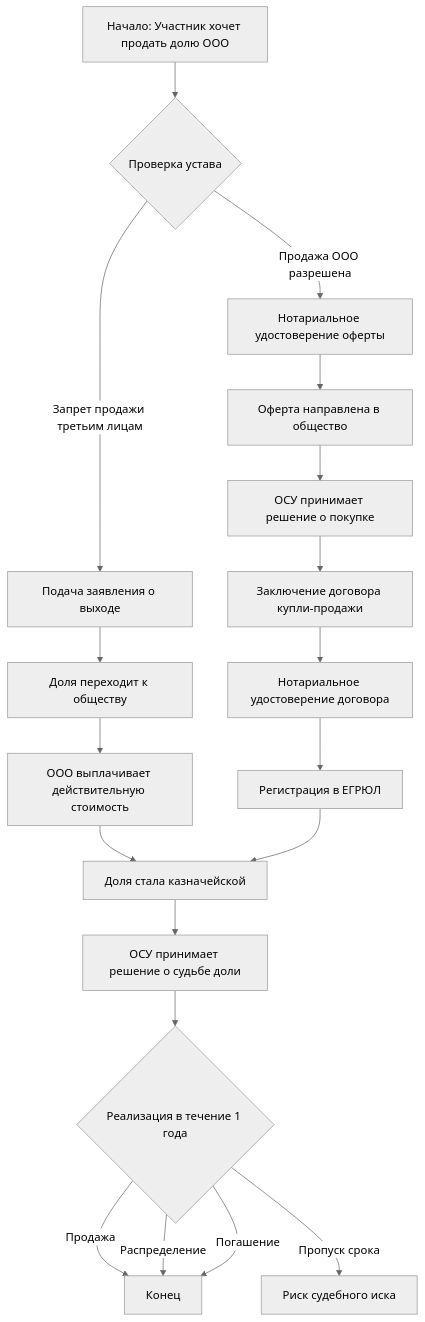
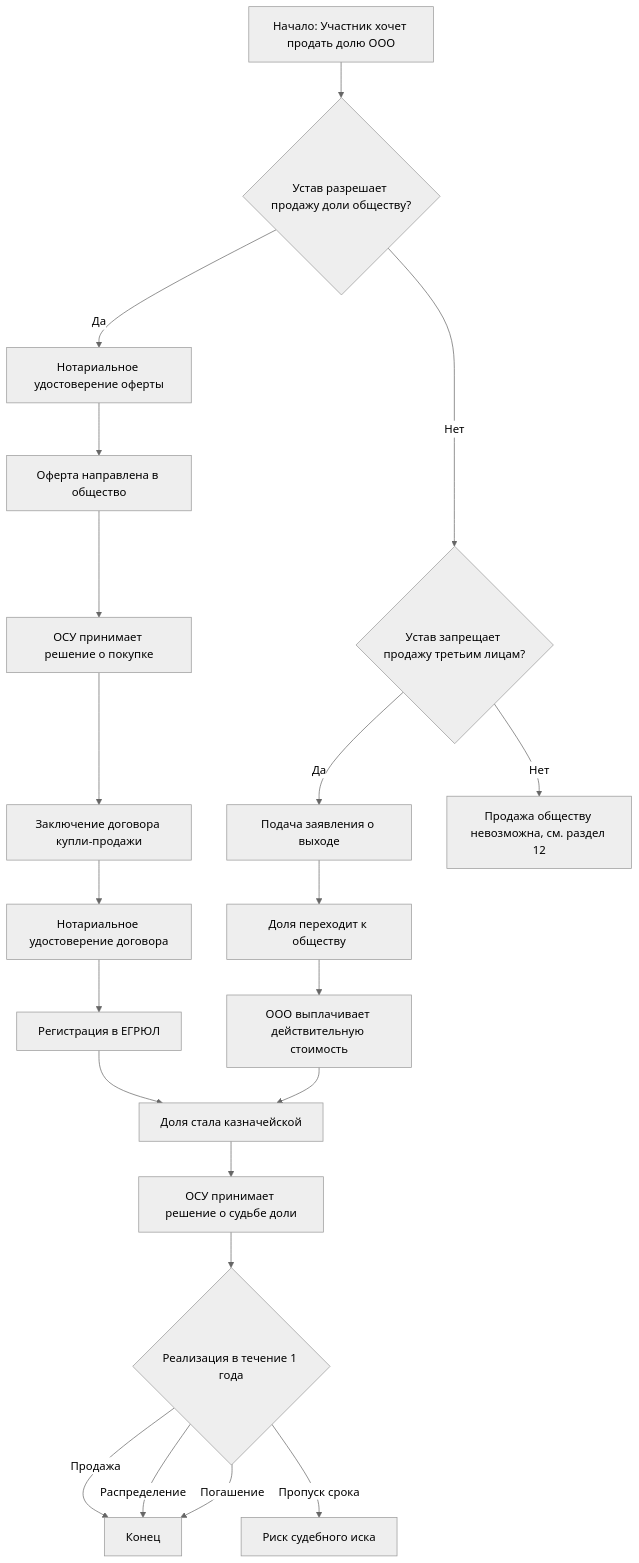
The first of 4 diagrams in docs/business-processes/llc-share-purchase-sale.md (arsenyuk/SamorodinkaTech.Fiducia), drawn with Mermaid (neutral theme) before and after one commit. The commit also changed other lines of this file, not shown here.

Commit message:
docs(llc): исправить логику схемы продажи доли обществу — прямой вопрос о продаже обществу вместо проверки запрета третьим лицам

````diff
--- a/docs/business-processes/llc-share-purchase-sale.md
+++ b/docs/business-processes/llc-share-purchase-sale.md
@@ -119,21 +119,23 @@
 ```mermaid
 flowchart TD
-    A["Начало: Участник хочет продать долю ООО"] --> B{Проверка устава}
-    B -->|"Запрет продажи третьим лицам"| C["Подача заявления о выходе"]
-    C --> D["Доля переходит к обществу"]
-    D --> E["ООО выплачивает действительную стоимость"]
-    E --> L["Доля стала казначейской"]
-    B -->|"Продажа ООО разрешена"| F["Нотариальное удостоверение оферты"]
+    A["Начало: Участник хочет продать долю ООО"] --> B{Устав разрешает продажу доли обществу?}
+    B -->|Да| F["Нотариальное удостоверение оферты"]
     F --> G["Оферта направлена в общество"]
     G --> H["ОСУ принимает решение о покупке"]
     H --> I["Заключение договора купли-продажи"]
     I --> J["Нотариальное удостоверение договора"]
     J --> K["Регистрация в ЕГРЮЛ"]
-    K --> L
+    K --> L["Доля стала казначейской"]
     L --> M["ОСУ принимает решение о судьбе доли"]
     M --> N{Реализация в течение 1 года}
     N -->|Продажа| O["Конец"]
     N -->|Распределение| O
     N -->|Погашение| O
     N -->|"Пропуск срока"| P["Риск судебного иска"]
+    B -->|Нет| C{Устав запрещает продажу третьим лицам?}
+    C -->|Да| CC["Подача заявления о выходе"]
+    CC --> D["Доля переходит к обществу"]
+    D --> E["ООО выплачивает действительную стоимость"]
+    E --> L
+    C -->|Нет| Q["Продажа обществу невозможна, см. раздел 12"]
 ```
````
